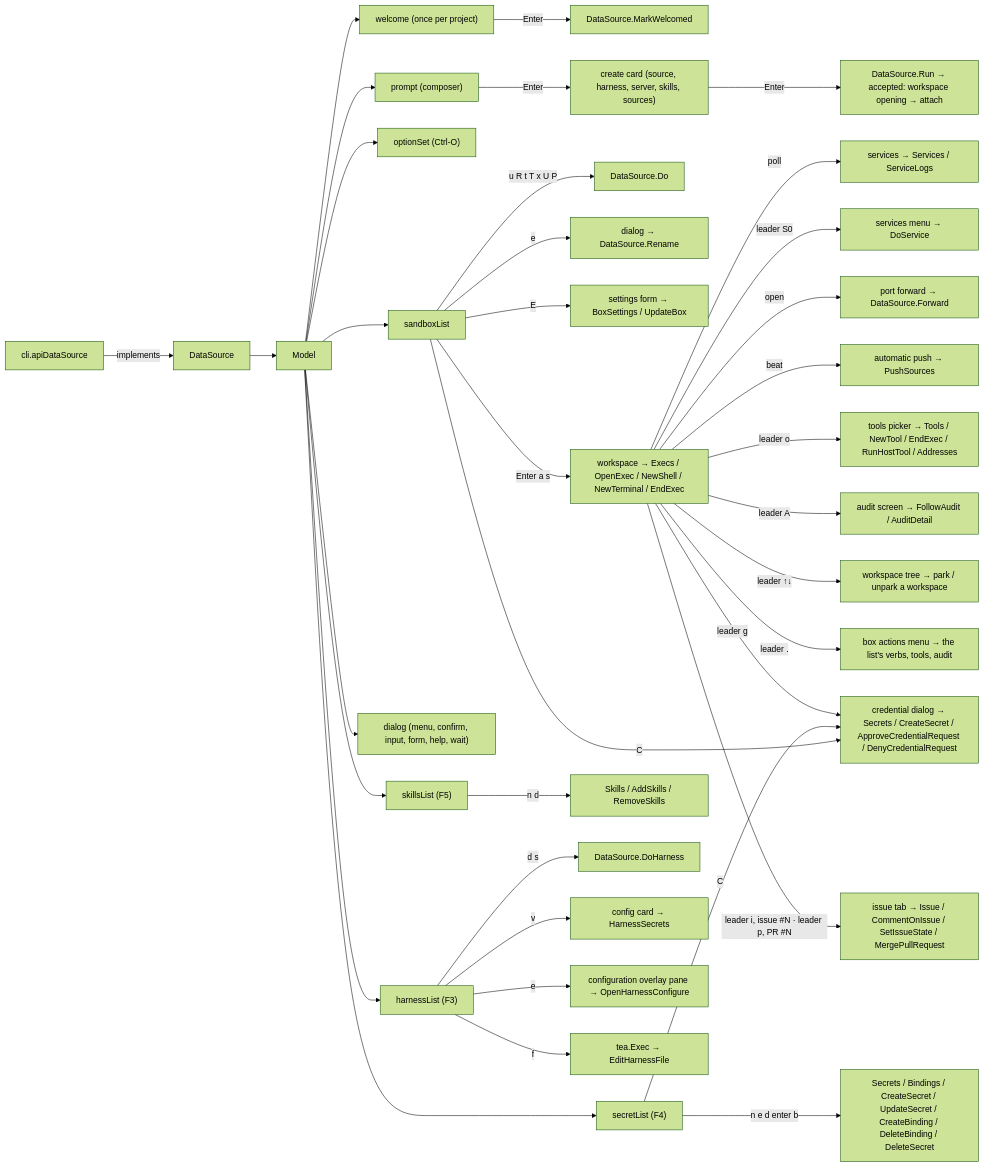
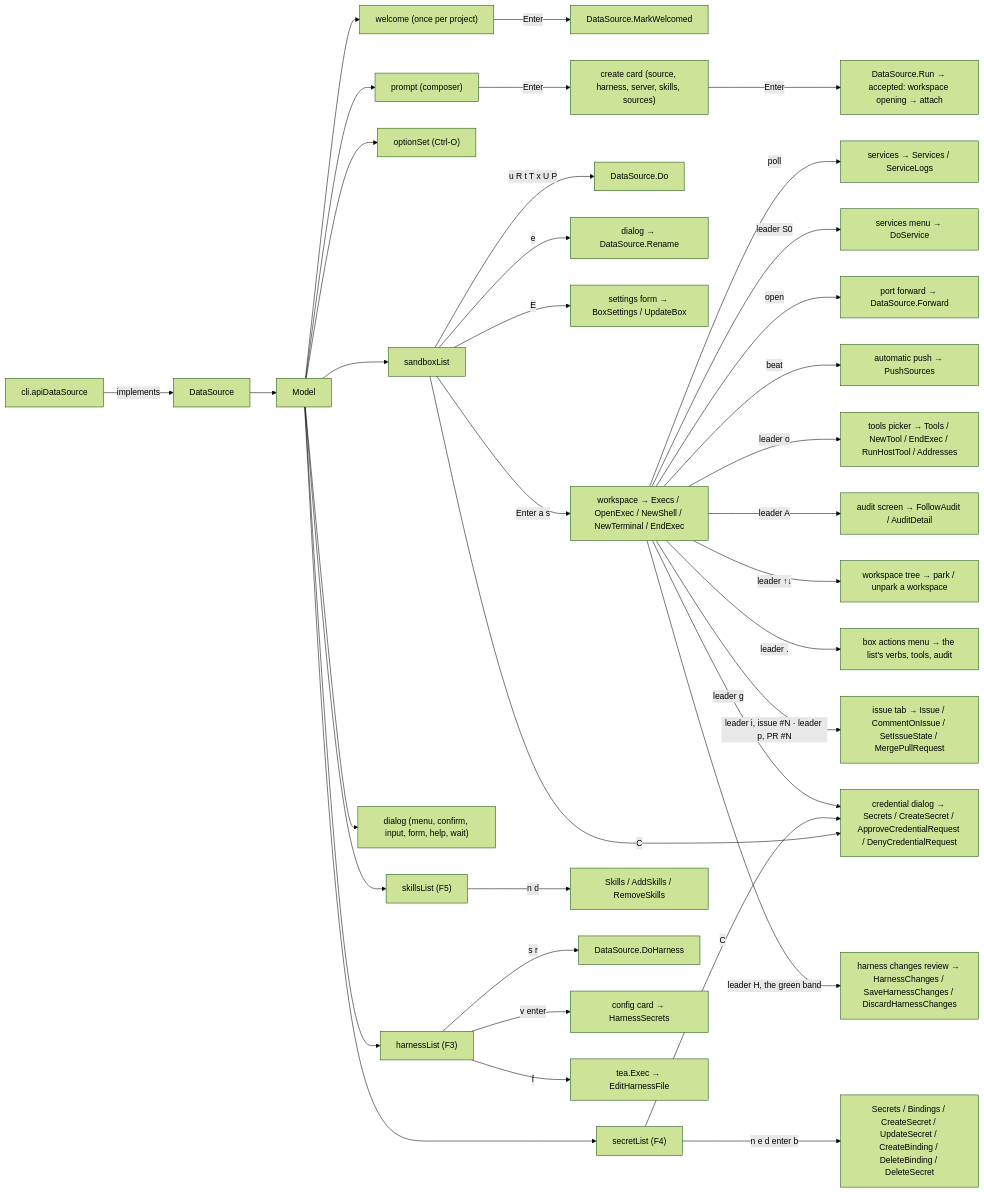
One commit to discobox-ai/discobox changed the first of 2 diagrams in cli/internal/tui/DESIGN.md. Above: the diagram before and after it, drawn with Mermaid (forest theme). The commit also changed other lines of this file and 282 other files, not shown here.

````diff
--- a/cli/internal/tui/DESIGN.md
+++ b/cli/internal/tui/DESIGN.md
@@ -14,38 +14,38 @@
 ```mermaid
 flowchart LR
     CLI["cli.apiDataSource"] -->|implements| DS["DataSource"]
     DS --> M["Model"]
     M --> P["prompt (composer)"]
     M --> L["sandboxList"]
     M --> O["optionSet (Ctrl-O)"]
     M --> A["harnessList (F3)"]
     M --> D["dialog (menu, confirm, input, form, help, wait)"]
     M --> W["welcome (once per project)"]
     W -->|Enter| MW["DataSource.MarkWelcomed"]
     P -->|Enter| Card["create card (source, harness, server, skills, sources)"]
     Card -->|Enter| Run["DataSource.Run → accepted: workspace opening → attach"]
     L -->|u R t T x U P| Verb["DataSource.Do"]
     L -->|e| Rename["dialog → DataSource.Rename"]
     L -->|E| Settings["settings form → BoxSettings / UpdateBox"]
     L -->|Enter a s| WS["workspace → Execs / OpenExec / NewShell / NewTerminal / EndExec"]
     WS -->|poll| Svc["services → Services / ServiceLogs"]
     WS -->|leader S0| SvcMenu["services menu → DoService"]
     WS -->|open| Fwd["port forward → DataSource.Forward"]
     WS -->|beat| Push["automatic push → PushSources"]
     L -->|C| Cred["credential dialog → Secrets / CreateSecret / ApproveCredentialRequest / DenyCredentialRequest"]
     M --> S["secretList (F4)"]
     S -->|n e d enter b| SVerb["Secrets / Bindings / CreateSecret / UpdateSecret / CreateBinding / DeleteBinding / DeleteSecret"]
     S -->|C| Cred
     M --> K["skillsList (F5)"]
     K -->|n d| KVerb["Skills / AddSkills / RemoveSkills"]
     WS -->|leader g| Cred
     WS -->|leader o| T["tools picker → Tools / NewTool / EndExec / RunHostTool / Addresses"]
     WS -->|leader A| Aud["audit screen → FollowAudit / AuditDetail"]
     WS -->|leader ↑↓| Tree["workspace tree → park / unpark a workspace"]
     WS -->|leader .| Menu["box actions menu → the list's verbs, tools, audit"]
     WS -->|leader i, issue #N · leader p, PR #N| Iss["issue tab → Issue / CommentOnIssue / SetIssueState / MergePullRequest"]
-    A -->|d s| AVerb["DataSource.DoHarness"]
-    A -->|v| ACard["config card → HarnessSecrets"]
-    A -->|e| ACfg["configuration overlay pane → OpenHarnessConfigure"]
+    A -->|s r| AVerb["DataSource.DoHarness"]
+    A -->|v enter| ACard["config card → HarnessSecrets"]
     A -->|f| AExec["tea.Exec → EditHarnessFile"]
+    WS -->|leader H, the green band| HC["harness changes review → HarnessChanges / SaveHarnessChanges / DiscardHarnessChanges"]
 ```
````
